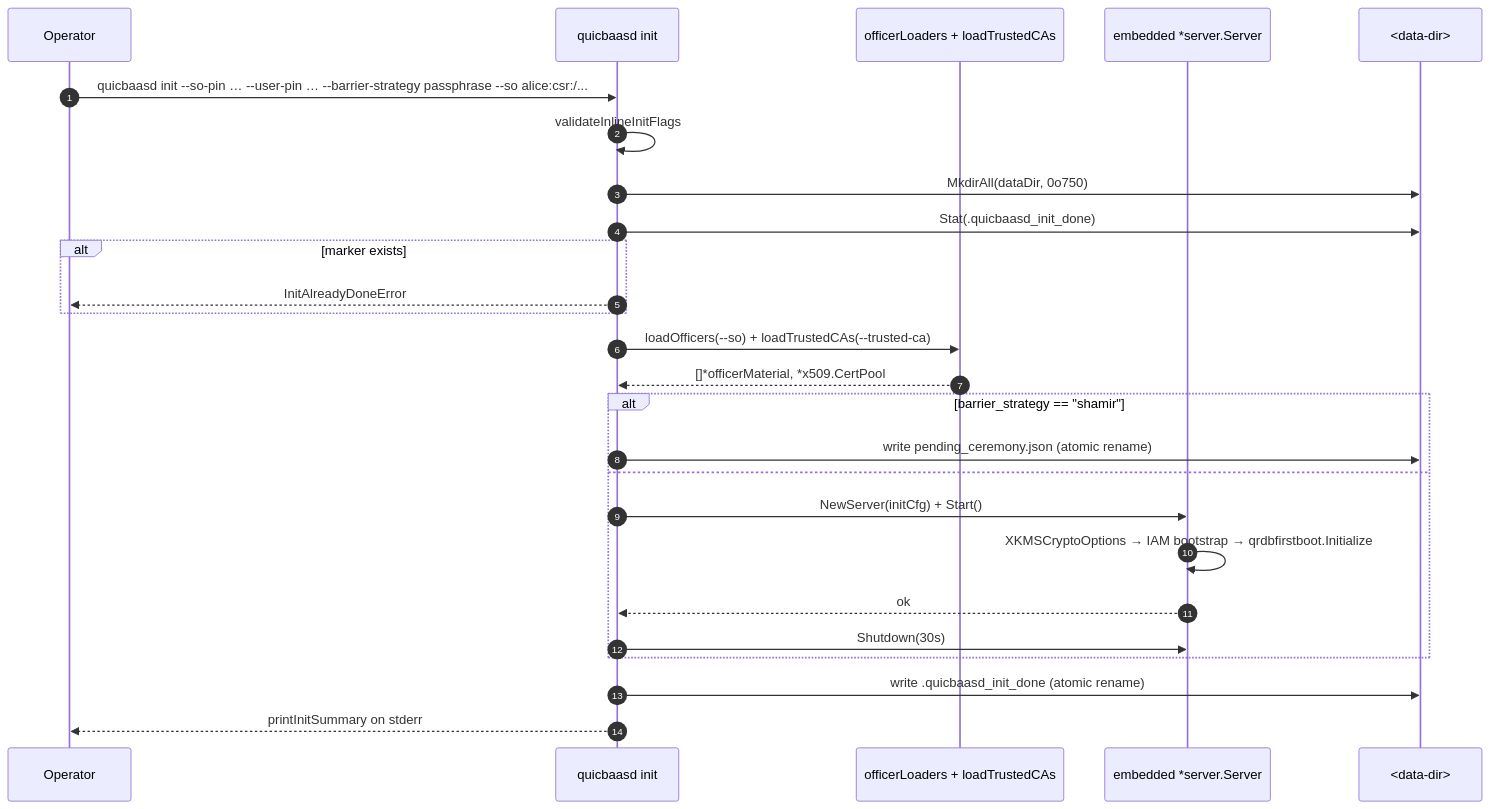
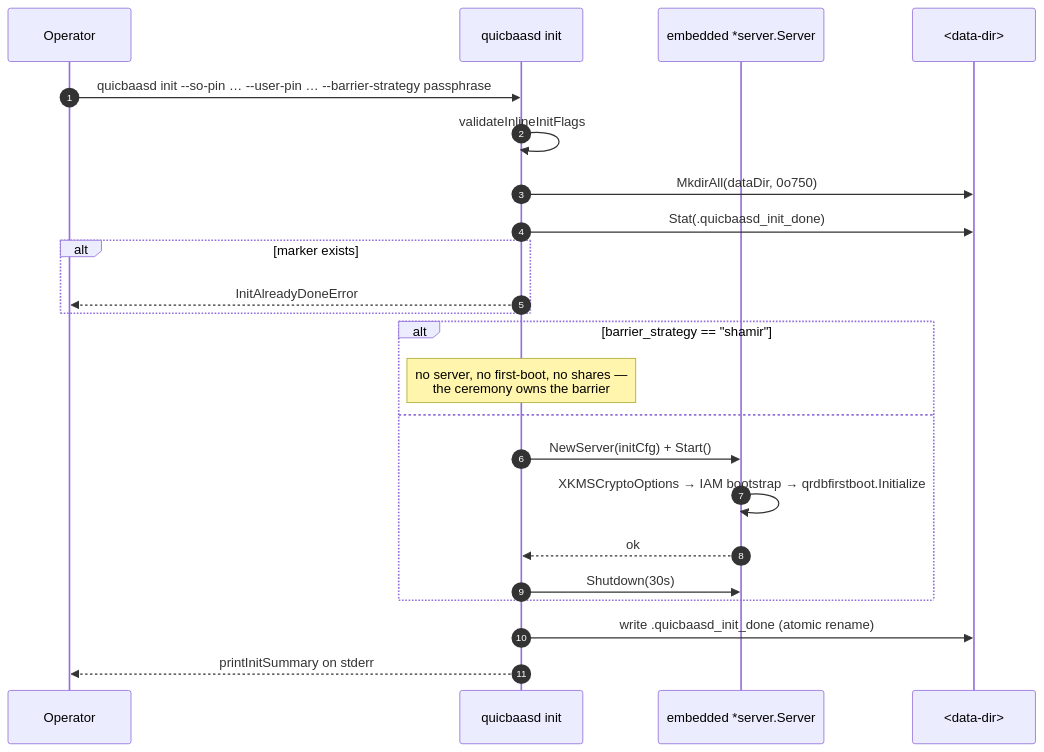
Before and after one commit to jeremyhahn/go-quicbaas: the diagram in docs/cli/init.md, drawn with Mermaid. The commit also changed other lines of this file and 1016 other files, not shown here.

````diff
--- a/docs/cli/init.md
+++ b/docs/cli/init.md
@@ -193,29 +264,26 @@
 ```mermaid
 sequenceDiagram
     autonumber
     participant Op as Operator
     participant Daemon as quicbaasd init
-    participant Loaders as officerLoaders + loadTrustedCAs
     participant Server as embedded *server.Server
     participant Disk as <data-dir>
 
-    Op->>Daemon: quicbaasd init --so-pin … --user-pin … --barrier-strategy passphrase --so alice:csr:/...
+    Op->>Daemon: quicbaasd init --so-pin … --user-pin … --barrier-strategy passphrase
     Daemon->>Daemon: validateInlineInitFlags
     Daemon->>Disk: MkdirAll(dataDir, 0o750)
     Daemon->>Disk: Stat(.quicbaasd_init_done)
     alt marker exists
         Daemon-->>Op: InitAlreadyDoneError
     end
-    Daemon->>Loaders: loadOfficers(--so) + loadTrustedCAs(--trusted-ca)
-    Loaders-->>Daemon: []*officerMaterial, *x509.CertPool
     alt barrier_strategy == "shamir"
-        Daemon->>Disk: write pending_ceremony.json (atomic rename)
+        Note over Daemon: no server, no first-boot, no shares —<br/>the ceremony owns the barrier
     else
         Daemon->>Server: NewServer(initCfg) + Start()
         Server->>Server: XKMSCryptoOptions → IAM bootstrap → qrdbfirstboot.Initialize
         Server-->>Daemon: ok
         Daemon->>Server: Shutdown(30s)
     end
     Daemon->>Disk: write .quicbaasd_init_done (atomic rename)
     Daemon-->>Op: printInitSummary on stderr
 ```
````
